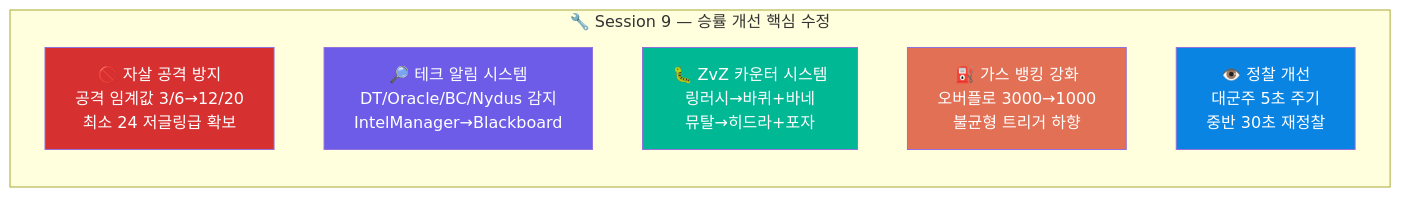
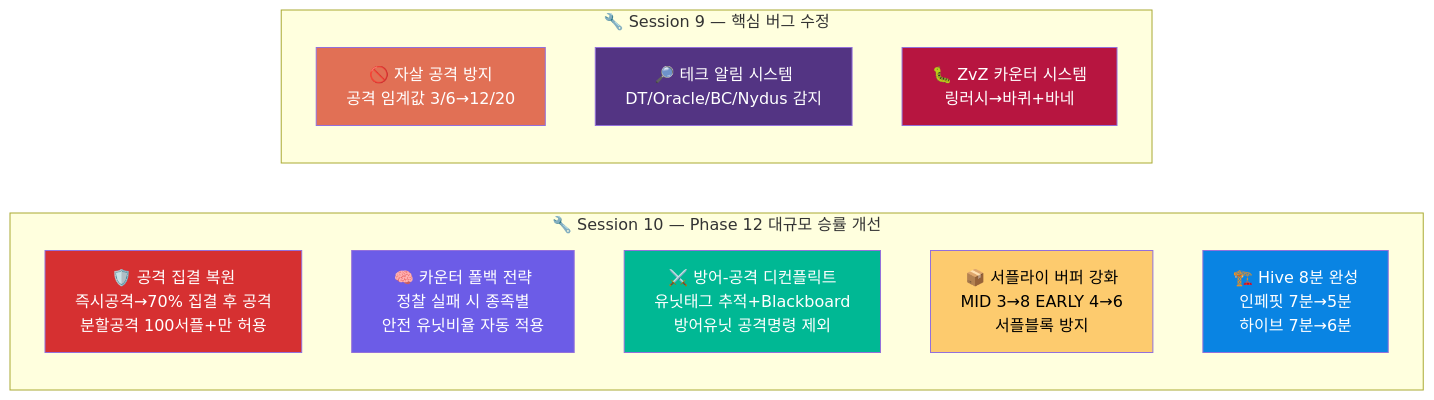
One commit to sun475300-sudo/Swarm-control-in-sc2bot changed diagram 31 of 31 in README.md. Above: the diagram before and after it, drawn with Mermaid. The commit also changed other lines of this file, not shown here.

First line of the commit message:
docs: README 업데이트 — Phase 12 대규모 승률 개선 반영

````diff
--- a/README.md
+++ b/README.md
@@ -850,17 +852,27 @@
 ```mermaid
 graph LR
-    subgraph "🔧 Session 9 — 승률 개선 핵심 수정"
+    subgraph "🔧 Session 10 — Phase 12 대규모 승률 개선"
         direction TB
-        FIX1["🚫 자살 공격 방지<br/>공격 임계값 3/6→12/20<br/>최소 24 저글링급 확보"]
-        FIX2["🔎 테크 알림 시스템<br/>DT/Oracle/BC/Nydus 감지<br/>IntelManager→Blackboard"]
-        FIX3["🐛 ZvZ 카운터 시스템<br/>링러시→바퀴+바네<br/>뮤탈→히드라+포자"]
-        FIX4["⛽ 가스 뱅킹 강화<br/>오버플로 3000→1000<br/>불균형 트리거 하향"]
-        FIX5["👁️ 정찰 개선<br/>대군주 5초 주기<br/>중반 30초 재정찰"]
+        FIX1["🛡️ 공격 집결 복원<br/>즉시공격→70% 집결 후 공격<br/>분할공격 100서플+만 허용"]
+        FIX2["🧠 카운터 폴백 전략<br/>정찰 실패 시 종족별<br/>안전 유닛비율 자동 적용"]
+        FIX3["⚔️ 방어-공격 디컨플릭트<br/>유닛태그 추적+Blackboard<br/>방어유닛 공격명령 제외"]
+        FIX4["📦 서플라이 버퍼 강화<br/>MID 3→8 EARLY 4→6<br/>서플블록 방지"]
+        FIX5["🏗️ Hive 8분 완성<br/>인페핏 7분→5분<br/>하이브 7분→6분"]
+    end
+
+    subgraph "🔧 Session 9 — 핵심 버그 수정"
+        direction TB
+        FIX6["🚫 자살 공격 방지<br/>공격 임계값 3/6→12/20"]
+        FIX7["🔎 테크 알림 시스템<br/>DT/Oracle/BC/Nydus 감지"]
+        FIX8["🐛 ZvZ 카운터 시스템<br/>링러시→바퀴+바네"]
     end
 
     style FIX1 fill:#d63031,color:#fff
     style FIX2 fill:#6c5ce7,color:#fff
     style FIX3 fill:#00b894,color:#fff
-    style FIX4 fill:#e17055,color:#fff
+    style FIX4 fill:#fdcb6e,color:#000
     style FIX5 fill:#0984e3,color:#fff
+    style FIX6 fill:#e17055,color:#fff
+    style FIX7 fill:#533483,color:#fff
+    style FIX8 fill:#b71540,color:#fff
 ```
````
